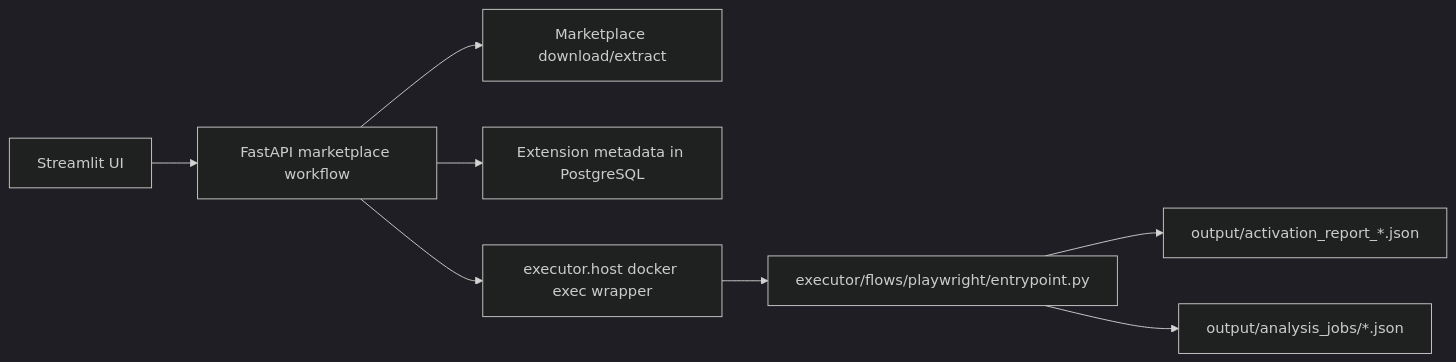
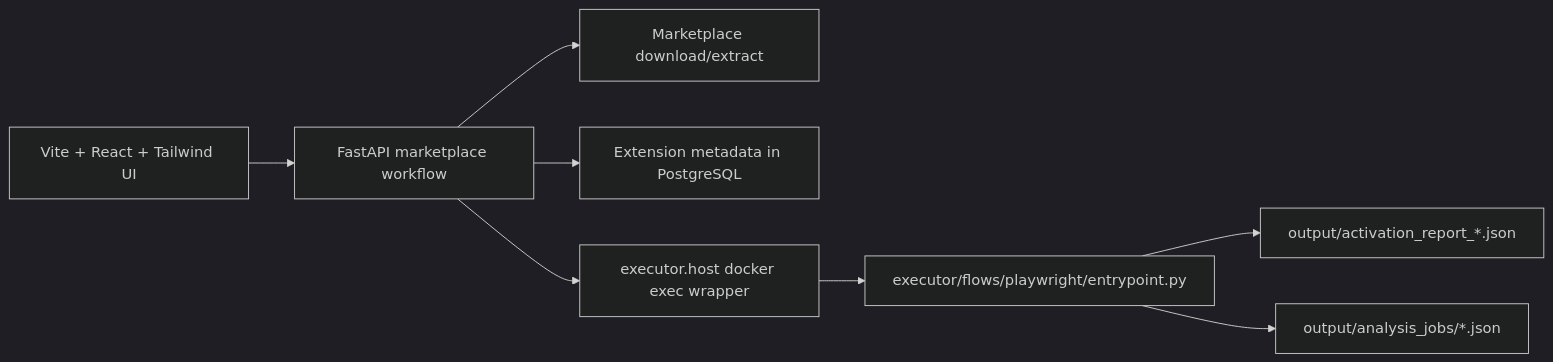
The diagram in documents/PIPELINE_ROADMAP.md (Ekremunalytu/automation_enviroment), drawn with Mermaid (dark theme) before and after one commit. The commit also changed other lines of this file and 16 other files, not shown here.

````diff
--- a/documents/PIPELINE_ROADMAP.md
+++ b/documents/PIPELINE_ROADMAP.md
@@ -9,10 +9,10 @@
 ```mermaid
 flowchart LR
-    UI["Streamlit UI"] --> API["FastAPI marketplace workflow"]
+    UI["Vite + React + Tailwind UI"] --> API["FastAPI marketplace workflow"]
     API --> Download["Marketplace download/extract"]
     API --> DB["Extension metadata in PostgreSQL"]
     API --> Exec["executor.host docker exec wrapper"]
     Exec --> Sandbox["executor/flows/playwright/entrypoint.py"]
     Sandbox --> Reports["output/activation_report_*.json"]
     Sandbox --> Jobs["output/analysis_jobs/*.json"]
 ```
````
